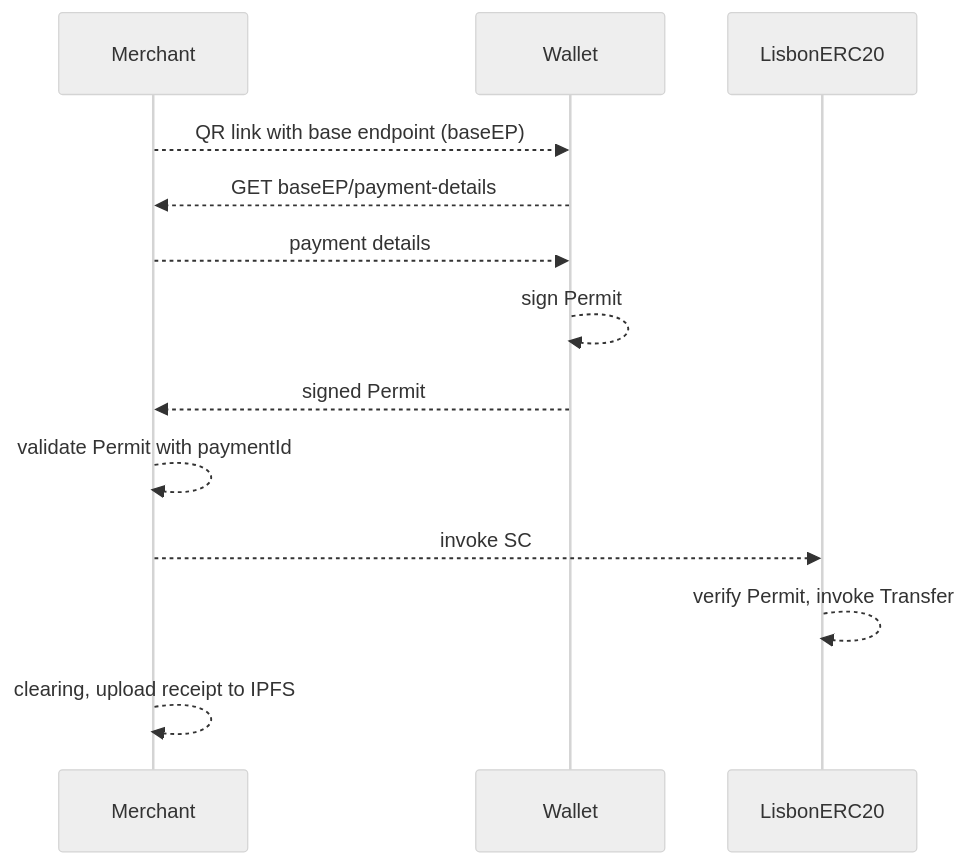
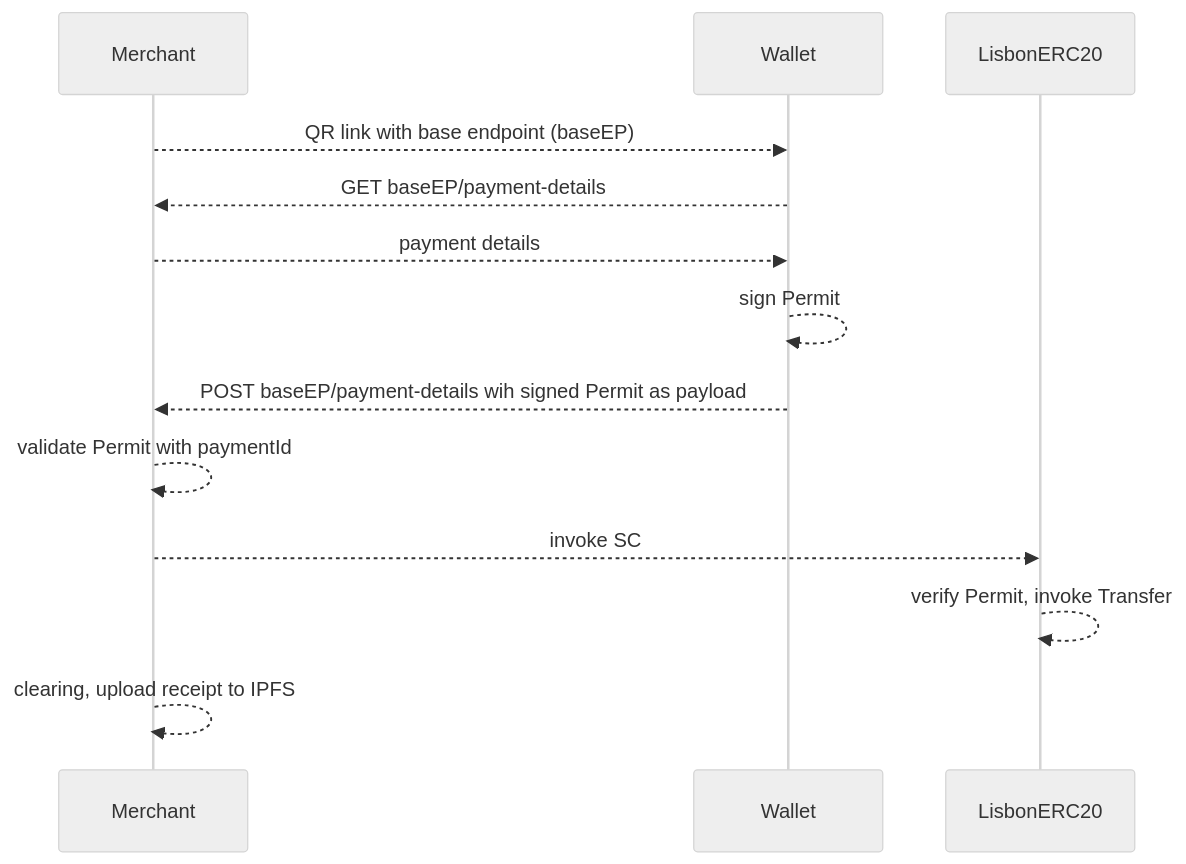
One commit to kdog1425/walletcon-payment-hacks changed the diagram in README.md. Above: the diagram before and after it, drawn with Mermaid (neutral theme).

````diff
--- a/README.md
+++ b/README.md
@@ -2,12 +2,12 @@
 ```mermaid
 sequenceDiagram
     Merchant-->>Wallet: QR link with base endpoint (baseEP)
     Wallet-->>Merchant: GET baseEP/payment-details
     Merchant-->>Wallet: payment details
     Wallet-->>Wallet: sign Permit
-    Wallet-->>Merchant: signed Permit
+    Wallet-->>Merchant: POST baseEP/payment-details wih signed Permit as payload
     Merchant-->>Merchant: validate Permit with paymentId
     Merchant-->>LisbonERC20: invoke SC
     LisbonERC20-->>LisbonERC20: verify Permit, invoke Transfer
     Merchant-->>Merchant: clearing, upload receipt to IPFS
 ```
````
